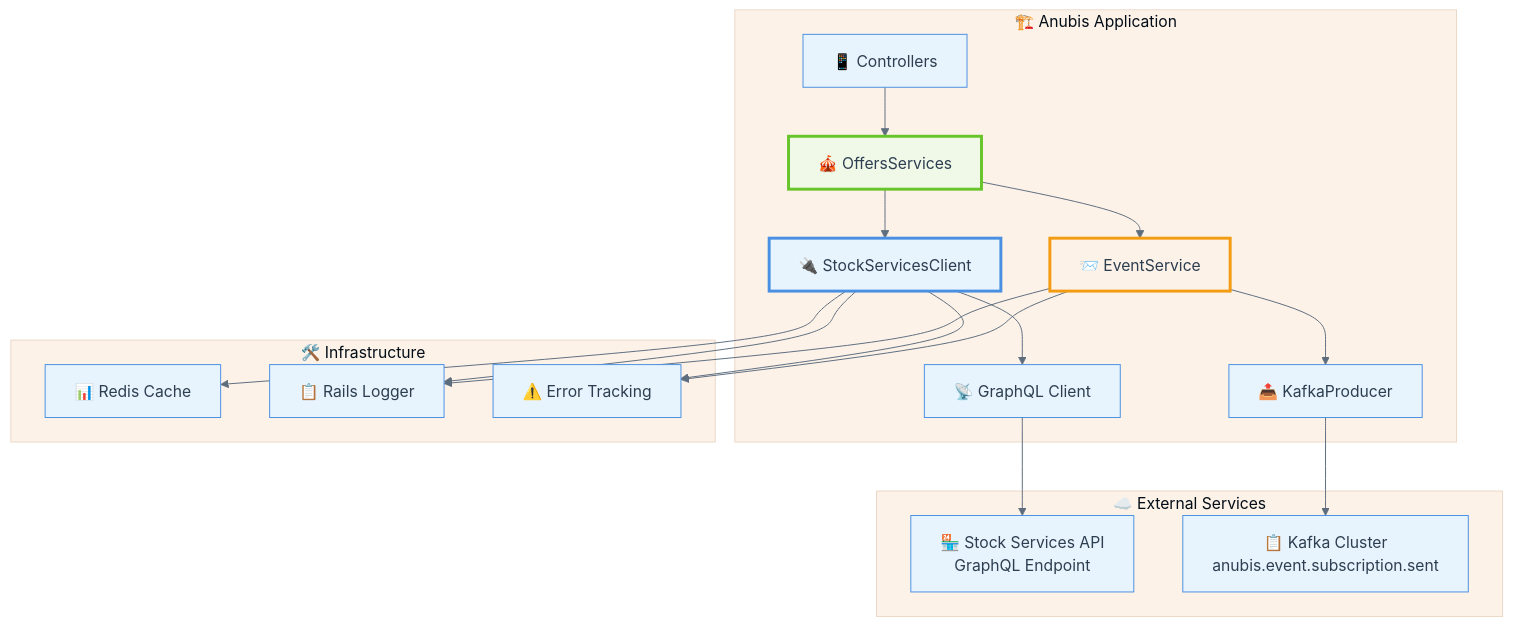
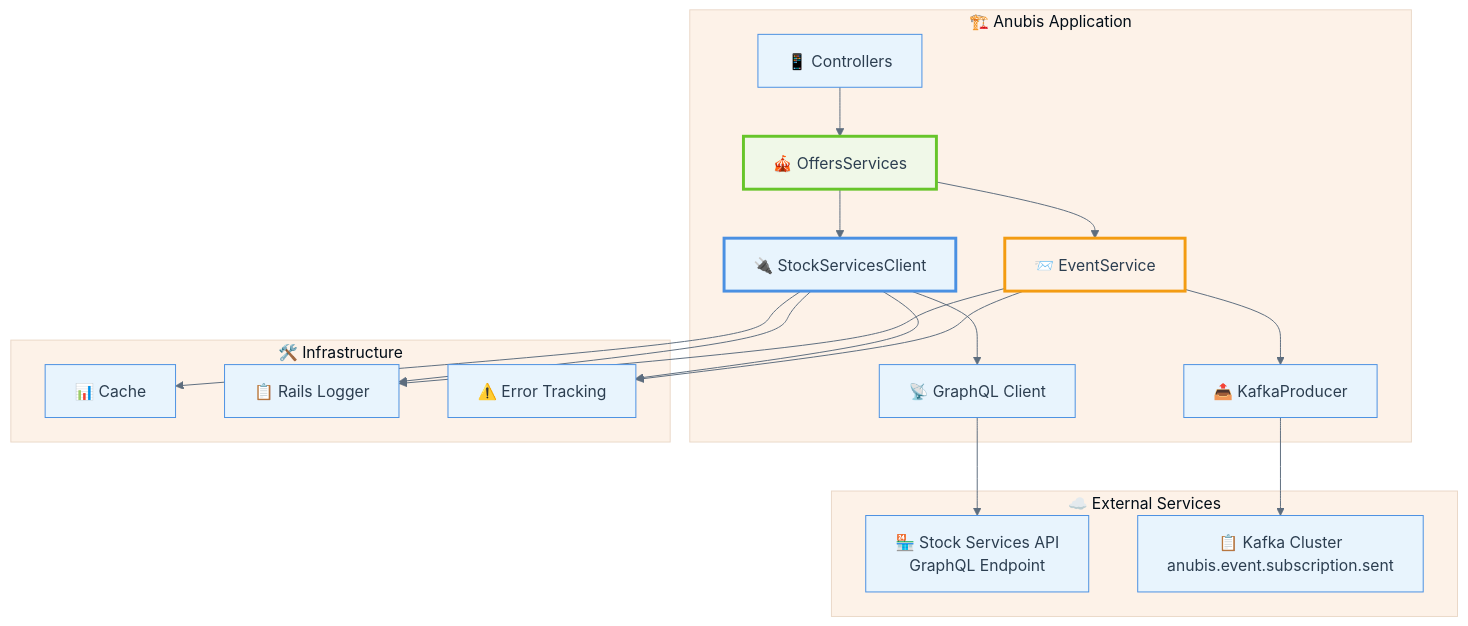
The second of 5 diagrams in inputs/started-requirements.md (enogrob/project-qeevo-anubis), drawn with Mermaid before and after one commit. The commit also changed other lines of this file and 1 other file, not shown here.

````diff
--- a/inputs/started-requirements.md
+++ b/inputs/started-requirements.md
@@ -138,46 +139,46 @@
 ```mermaid
 %%{init: {
   'theme':'base',
   'themeVariables': {
     'primaryColor':'#E8F4FD',
     'primaryBorderColor':'#4A90E2',
     'primaryTextColor':'#2C3E50',
     'secondaryColor':'#F0F8E8',
     'tertiaryColor':'#FDF2E8',
     'quaternaryColor':'#F8E8F8',
     'lineColor':'#5D6D7E',
     'fontFamily':'Inter,Segoe UI,Arial'
   }
 }}%%
 graph TD
     subgraph "🏗️ Anubis Application"
         A[📱 Controllers] --> B[🎪 OffersServices]
         B --> C[🔌 StockServicesClient]
         C --> D[📡 GraphQL Client]
         B --> E[📨 EventService]
         E --> F[📤 KafkaProducer]
     end
     
     subgraph "☁️ External Services"
         G[🏪 Stock Services API<br/>GraphQL Endpoint]
         H[📋 Kafka Cluster<br/>anubis.event.subscription.sent]
     end
     
     subgraph "🛠️ Infrastructure"
-        I[📊 Redis Cache]
+        I[📊 Cache]
         J[📋 Rails Logger]
         K[⚠️ Error Tracking]
     end
     
     D --> G
     F --> H
     C --> I
     C --> J
     E --> J
     C --> K
     E --> K
     
     style C fill:#E8F4FD,stroke:#4A90E2,stroke-width:3px
     style B fill:#F0F8E8,stroke:#67C52A,stroke-width:3px
     style E fill:#FDF2E8,stroke:#F39C12,stroke-width:3px
 ```
````
